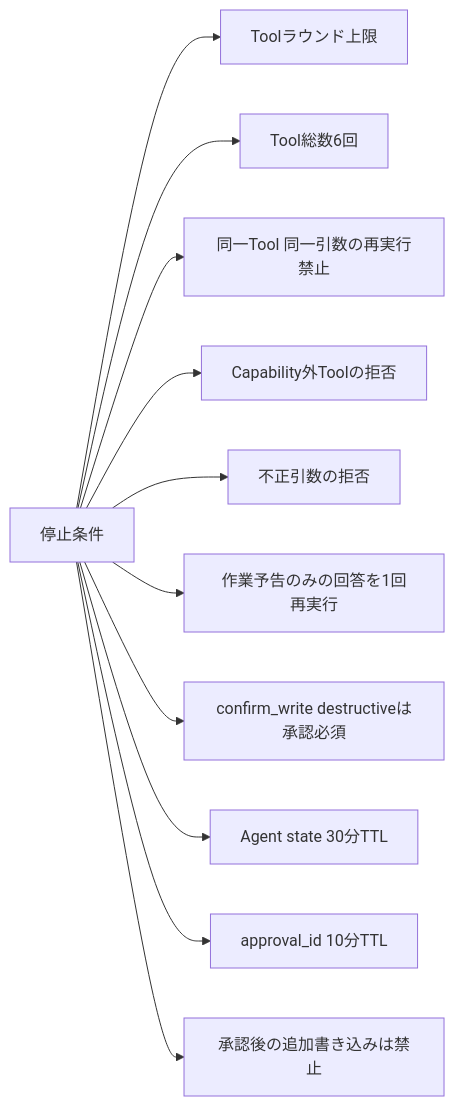
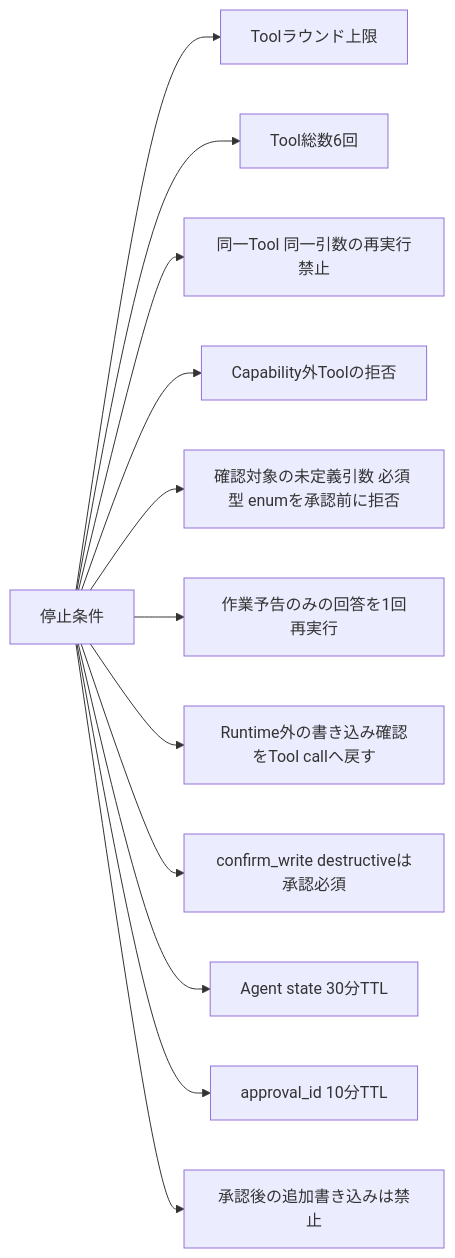
Diagram 12 of 12 in docs/runtime-flows.md (Soso2e/PETIT), drawn with Mermaid before and after one commit. The commit also changed other lines of this file and 9 other files, not shown here.

````diff
--- a/docs/runtime-flows.md
+++ b/docs/runtime-flows.md
@@ -415,25 +432,27 @@
 ```mermaid
 flowchart LR
     limits[停止条件]
     round[Toolラウンド上限]
     calls[Tool総数6回]
     duplicate[同一Tool 同一引数の再実行禁止]
     allowed[Capability外Toolの拒否]
-    args[不正引数の拒否]
+    args[確認対象の未定義引数 必須 型 enumを承認前に拒否]
     defer[作業予告のみの回答を1回再実行]
+    manualConfirm[Runtime外の書き込み確認をTool callへ戻す]
     confirm[confirm_write destructiveは承認必須]
     resume[Agent state 30分TTL]
     approval[approval_id 10分TTL]
     writeOnce[承認後の追加書き込みは禁止]
 
     limits --> round
     limits --> calls
     limits --> duplicate
     limits --> allowed
     limits --> args
     limits --> defer
+    limits --> manualConfirm
     limits --> confirm
     limits --> resume
     limits --> approval
     limits --> writeOnce
 ```
````
